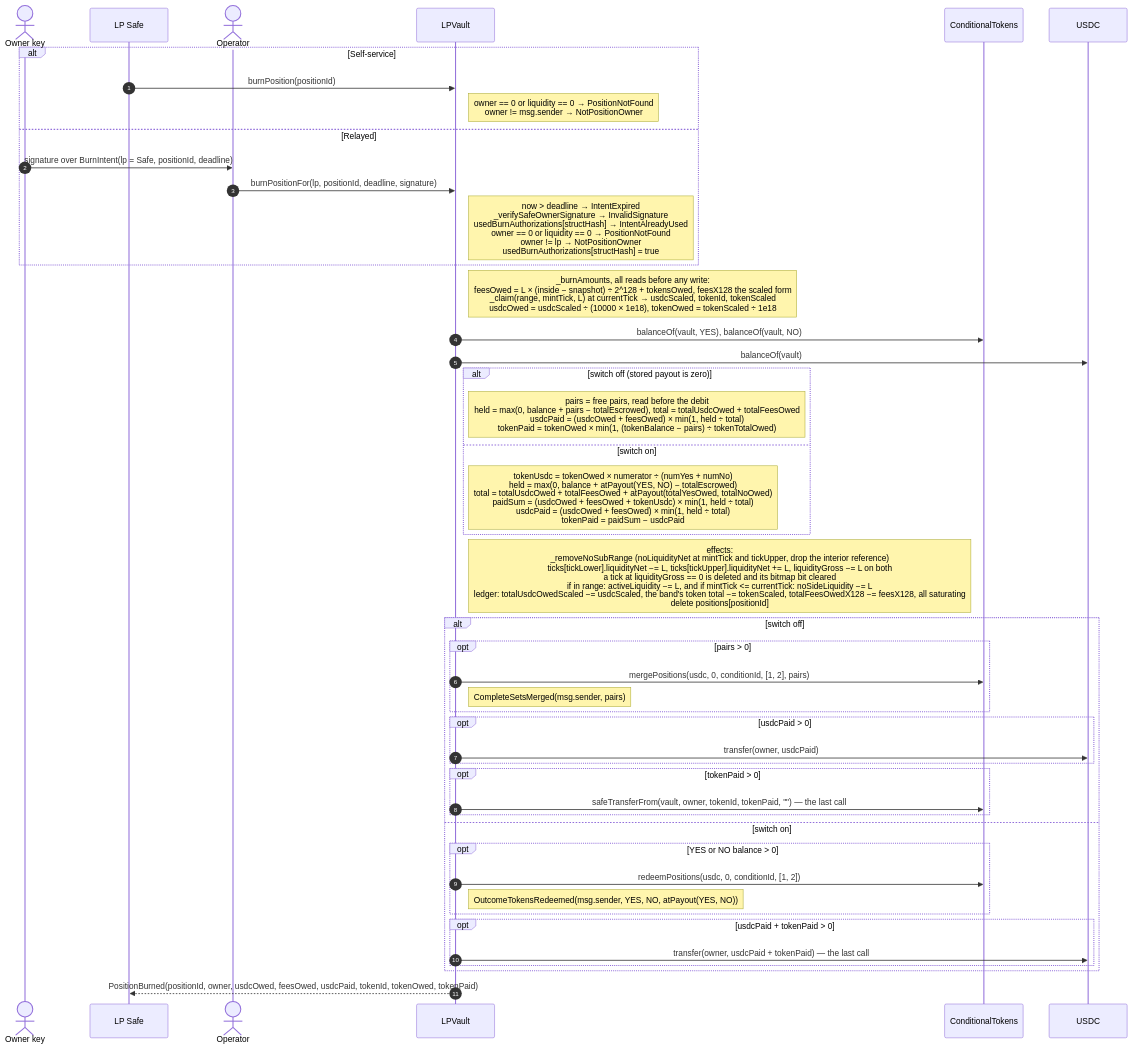
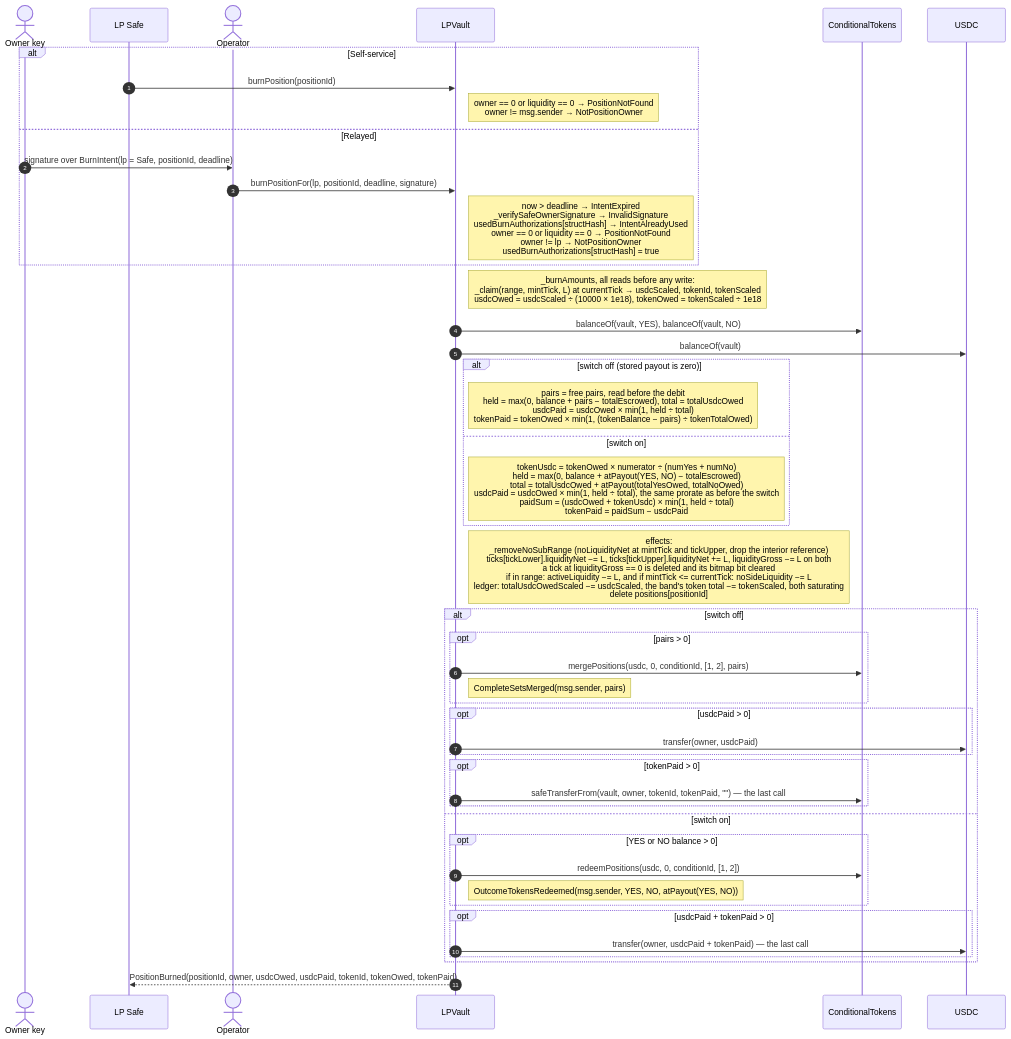
Before and after one commit to ProphetMarket/lp-vaults: diagram 14 of 22 in specs/FLOWS.md, drawn with Mermaid. The commit also changed other lines of this file and 73 other files, not shown here.

````diff
--- a/specs/FLOWS.md
+++ b/specs/FLOWS.md
@@ -466,49 +393,49 @@
 ```mermaid
 sequenceDiagram
     autonumber
     actor OwnerKey as Owner key
     participant Safe as LP Safe
     actor Operator
     participant Vault as LPVault
     participant CTF as ConditionalTokens
     participant USDC
 
     alt Self-service
         Safe->>Vault: burnPosition(positionId)
         Note right of Vault: owner == 0 or liquidity == 0 → PositionNotFound<br/>owner != msg.sender → NotPositionOwner
     else Relayed
         OwnerKey->>Operator: signature over BurnIntent(lp = Safe, positionId, deadline)
         Operator->>Vault: burnPositionFor(lp, positionId, deadline, signature)
         Note right of Vault: now > deadline → IntentExpired<br/>_verifySafeOwnerSignature → InvalidSignature<br/>usedBurnAuthorizations[structHash] → IntentAlreadyUsed<br/>owner == 0 or liquidity == 0 → PositionNotFound<br/>owner != lp → NotPositionOwner<br/>usedBurnAuthorizations[structHash] = true
     end
-    Note right of Vault: _burnAmounts, all reads before any write:<br/>feesOwed = L × (inside − snapshot) ÷ 2^128 + tokensOwed, feesX128 the scaled form<br/>_claim(range, mintTick, L) at currentTick → usdcScaled, tokenId, tokenScaled<br/>usdcOwed = usdcScaled ÷ (10000 × 1e18), tokenOwed = tokenScaled ÷ 1e18
+    Note right of Vault: _burnAmounts, all reads before any write:<br/>_claim(range, mintTick, L) at currentTick → usdcScaled, tokenId, tokenScaled<br/>usdcOwed = usdcScaled ÷ (10000 × 1e18), tokenOwed = tokenScaled ÷ 1e18
     Vault->>CTF: balanceOf(vault, YES), balanceOf(vault, NO)
     Vault->>USDC: balanceOf(vault)
     alt switch off (stored payout is zero)
-        Note right of Vault: pairs = free pairs, read before the debit<br/>held = max(0, balance + pairs − totalEscrowed), total = totalUsdcOwed + totalFeesOwed<br/>usdcPaid = (usdcOwed + feesOwed) × min(1, held ÷ total)<br/>tokenPaid = tokenOwed × min(1, (tokenBalance − pairs) ÷ tokenTotalOwed)
+        Note right of Vault: pairs = free pairs, read before the debit<br/>held = max(0, balance + pairs − totalEscrowed), total = totalUsdcOwed<br/>usdcPaid = usdcOwed × min(1, held ÷ total)<br/>tokenPaid = tokenOwed × min(1, (tokenBalance − pairs) ÷ tokenTotalOwed)
     else switch on
-        Note right of Vault: tokenUsdc = tokenOwed × numerator ÷ (numYes + numNo)<br/>held = max(0, balance + atPayout(YES, NO) − totalEscrowed)<br/>total = totalUsdcOwed + totalFeesOwed + atPayout(totalYesOwed, totalNoOwed)<br/>paidSum = (usdcOwed + feesOwed + tokenUsdc) × min(1, held ÷ total)<br/>usdcPaid = (usdcOwed + feesOwed) × min(1, held ÷ total)<br/>tokenPaid = paidSum − usdcPaid
+        Note right of Vault: tokenUsdc = tokenOwed × numerator ÷ (numYes + numNo)<br/>held = max(0, balance + atPayout(YES, NO) − totalEscrowed)<br/>total = totalUsdcOwed + atPayout(totalYesOwed, totalNoOwed)<br/>usdcPaid = usdcOwed × min(1, held ÷ total), the same prorate as before the switch<br/>paidSum = (usdcOwed + tokenUsdc) × min(1, held ÷ total)<br/>tokenPaid = paidSum − usdcPaid
     end
-    Note right of Vault: effects:<br/>_removeNoSubRange (noLiquidityNet at mintTick and tickUpper, drop the interior reference)<br/>ticks[tickLower].liquidityNet −= L, ticks[tickUpper].liquidityNet += L, liquidityGross −= L on both<br/>a tick at liquidityGross == 0 is deleted and its bitmap bit cleared<br/>if in range: activeLiquidity −= L, and if mintTick <= currentTick: noSideLiquidity −= L<br/>ledger: totalUsdcOwedScaled −= usdcScaled, the band's token total −= tokenScaled, totalFeesOwedX128 −= feesX128, all saturating<br/>delete positions[positionId]
+    Note right of Vault: effects:<br/>_removeNoSubRange (noLiquidityNet at mintTick and tickUpper, drop the interior reference)<br/>ticks[tickLower].liquidityNet −= L, ticks[tickUpper].liquidityNet += L, liquidityGross −= L on both<br/>a tick at liquidityGross == 0 is deleted and its bitmap bit cleared<br/>if in range: activeLiquidity −= L, and if mintTick <= currentTick: noSideLiquidity −= L<br/>ledger: totalUsdcOwedScaled −= usdcScaled, the band's token total −= tokenScaled, both saturating<br/>delete positions[positionId]
     alt switch off
         opt pairs > 0
             Vault->>CTF: mergePositions(usdc, 0, conditionId, [1, 2], pairs)
             Note right of Vault: CompleteSetsMerged(msg.sender, pairs)
         end
         opt usdcPaid > 0
             Vault->>USDC: transfer(owner, usdcPaid)
         end
         opt tokenPaid > 0
             Vault->>CTF: safeTransferFrom(vault, owner, tokenId, tokenPaid, "") — the last call
         end
     else switch on
         opt YES or NO balance > 0
             Vault->>CTF: redeemPositions(usdc, 0, conditionId, [1, 2])
             Note right of Vault: OutcomeTokensRedeemed(msg.sender, YES, NO, atPayout(YES, NO))
         end
         opt usdcPaid + tokenPaid > 0
             Vault->>USDC: transfer(owner, usdcPaid + tokenPaid) — the last call
         end
     end
-    Vault-->>Safe: PositionBurned(positionId, owner, usdcOwed, feesOwed, usdcPaid, tokenId, tokenOwed, tokenPaid)
+    Vault-->>Safe: PositionBurned(positionId, owner, usdcOwed, usdcPaid, tokenId, tokenOwed, tokenPaid)
 ```
````
